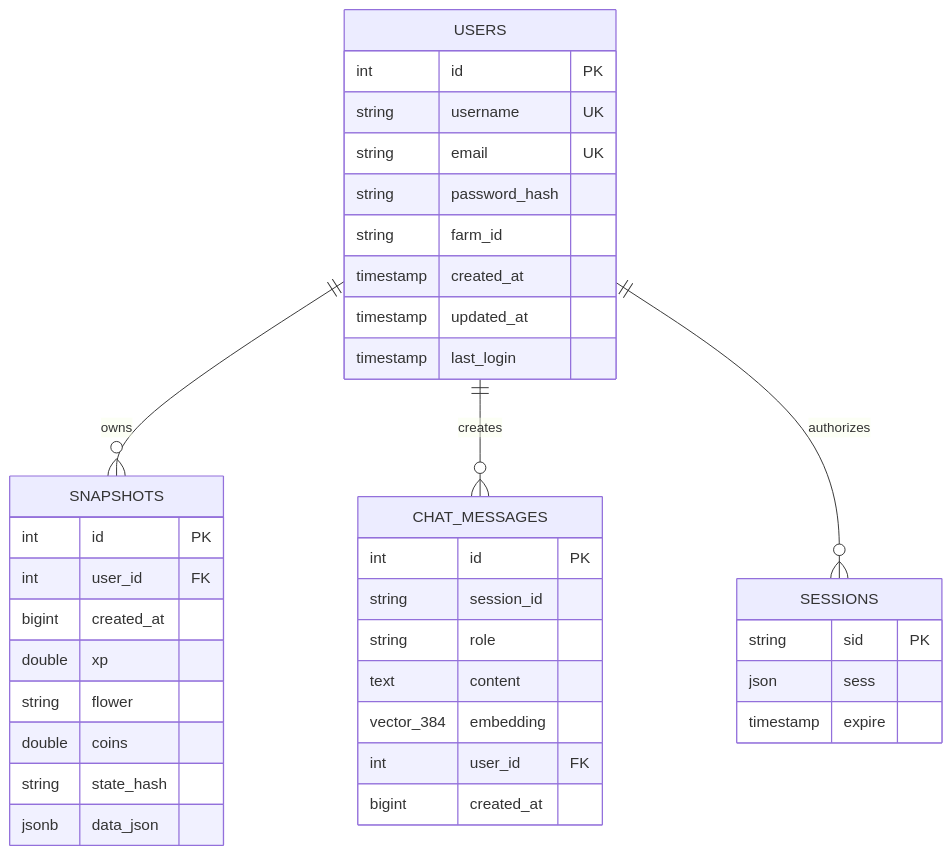
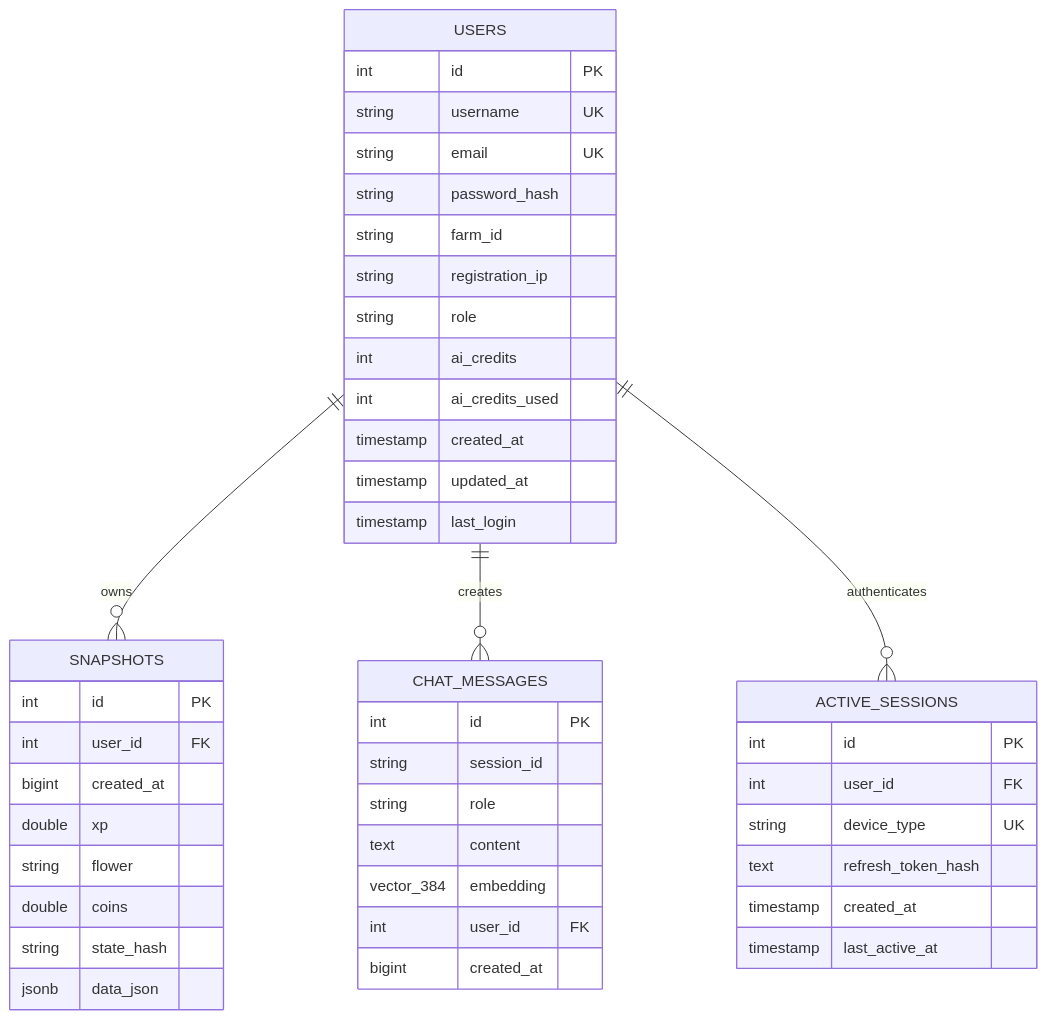
Before and after one commit to subhradip-me/eldric-sfl-ai-companion: the diagram in docs/08_CLASS_MAPPING.md, drawn with Mermaid. The commit also changed other lines of this file and 49 other files, not shown here.

````diff
--- a/docs/08_CLASS_MAPPING.md
+++ b/docs/08_CLASS_MAPPING.md
@@ -5,44 +5,51 @@
 ```mermaid
 erDiagram
     USERS ||--o{ SNAPSHOTS : "owns"
     USERS ||--o{ CHAT_MESSAGES : "creates"
-    USERS ||--o{ SESSIONS : "authorizes"
+    USERS ||--o{ ACTIVE_SESSIONS : "authenticates"
 
     USERS {
         int id PK
         string username UK
         string email UK
         string password_hash
         string farm_id
+        string registration_ip
+        string role
+        int ai_credits
+        int ai_credits_used
         timestamp created_at
         timestamp updated_at
         timestamp last_login
+    }
+
+    ACTIVE_SESSIONS {
+        int id PK
+        int user_id FK
+        string device_type UK
+        text refresh_token_hash
+        timestamp created_at
+        timestamp last_active_at
     }
 
     SNAPSHOTS {
         int id PK
         int user_id FK
         bigint created_at
         double xp
         string flower
         double coins
         string state_hash
         jsonb data_json
     }
 
     CHAT_MESSAGES {
         int id PK
         string session_id
         string role
         text content
         vector_384 embedding
         int user_id FK
         bigint created_at
     }
-
-    SESSIONS {
-        string sid PK
-        json sess
-        timestamp expire
-    }
 ```
````
